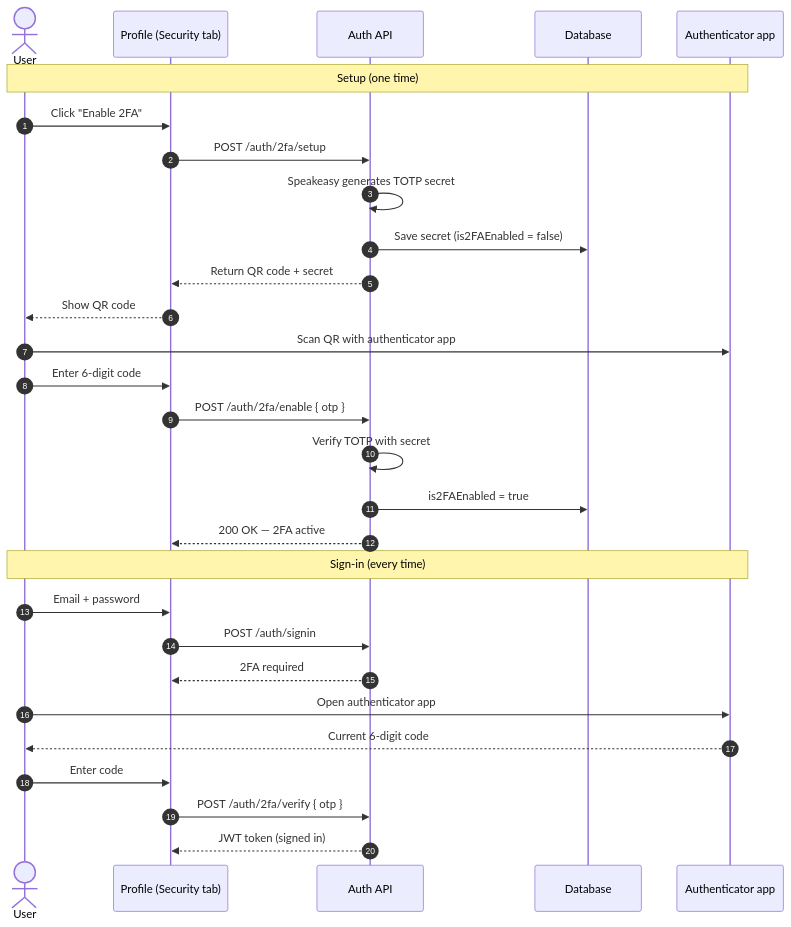
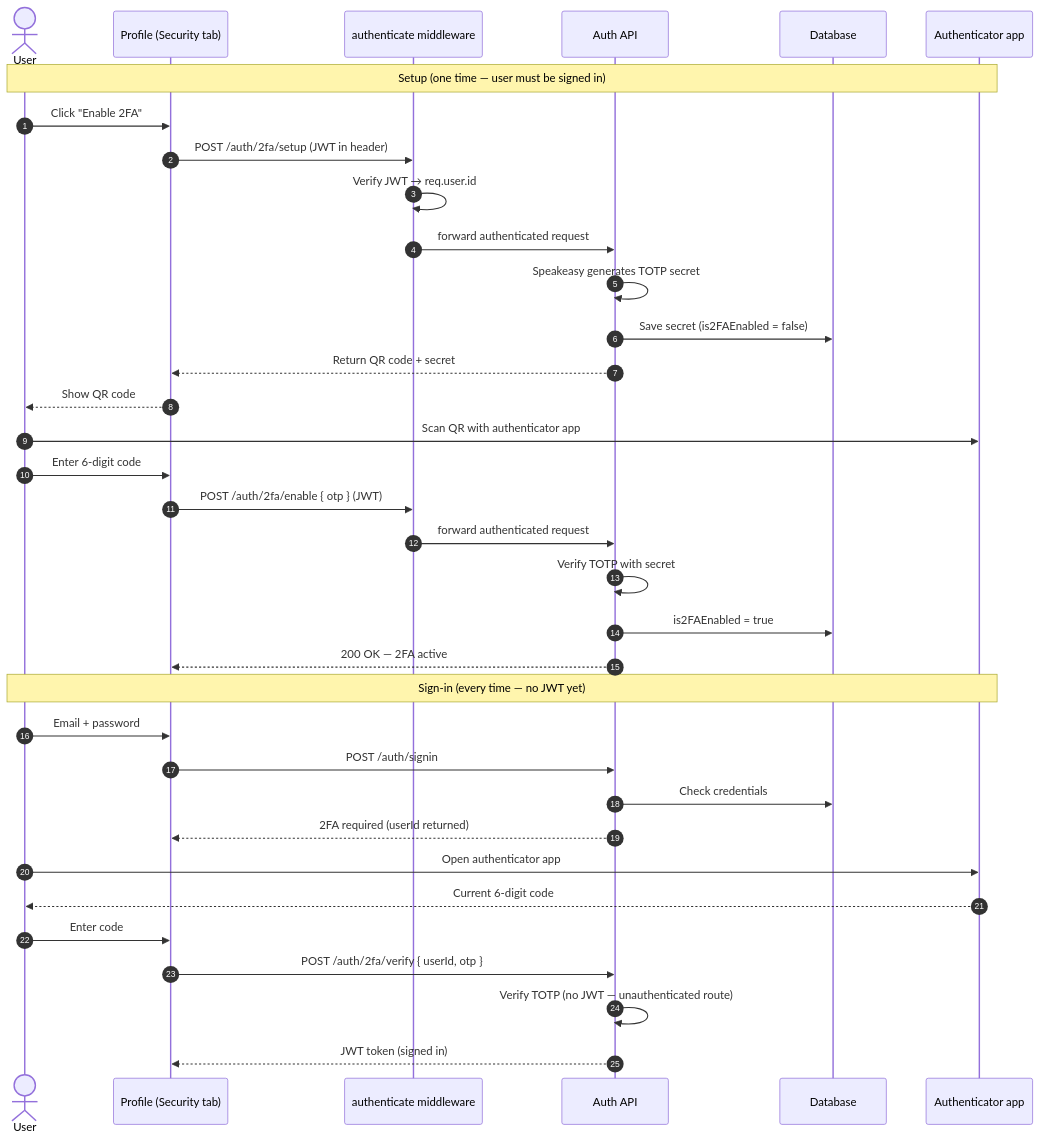
One commit to MaizaAymen/OmniLearn changed diagram 12 of 12 in docs/05_chapitre3_sprint1.md. Above: the diagram before and after it, drawn with Mermaid.

````diff
--- a/docs/05_chapitre3_sprint1.md
+++ b/docs/05_chapitre3_sprint1.md
@@ -544,33 +544,39 @@
 ```mermaid
 sequenceDiagram
     autonumber
     actor User
     participant FE as Profile (Security tab)
+    participant Auth as authenticate middleware
     participant API as Auth API
     participant DB as Database
     participant App as Authenticator app
 
-    Note over User,App: Setup (one time)
+    Note over User,App: Setup (one time — user must be signed in)
     User->>FE: Click "Enable 2FA"
-    FE->>API: POST /auth/2fa/setup
+    FE->>Auth: POST /auth/2fa/setup (JWT in header)
+    Auth->>Auth: Verify JWT → req.user.id
+    Auth->>API: forward authenticated request
     API->>API: Speakeasy generates TOTP secret
     API->>DB: Save secret (is2FAEnabled = false)
     API-->>FE: Return QR code + secret
     FE-->>User: Show QR code
     User->>App: Scan QR with authenticator app
     User->>FE: Enter 6-digit code
-    FE->>API: POST /auth/2fa/enable { otp }
+    FE->>Auth: POST /auth/2fa/enable { otp } (JWT)
+    Auth->>API: forward authenticated request
     API->>API: Verify TOTP with secret
     API->>DB: is2FAEnabled = true
     API-->>FE: 200 OK — 2FA active
 
-    Note over User,App: Sign-in (every time)
+    Note over User,App: Sign-in (every time — no JWT yet)
     User->>FE: Email + password
     FE->>API: POST /auth/signin
-    API-->>FE: 2FA required
+    API->>DB: Check credentials
+    API-->>FE: 2FA required (userId returned)
     User->>App: Open authenticator app
     App-->>User: Current 6-digit code
     User->>FE: Enter code
-    FE->>API: POST /auth/2fa/verify { otp }
+    FE->>API: POST /auth/2fa/verify { userId, otp }
+    API->>API: Verify TOTP (no JWT — unauthenticated route)
     API-->>FE: JWT token (signed in)
 ```
````
